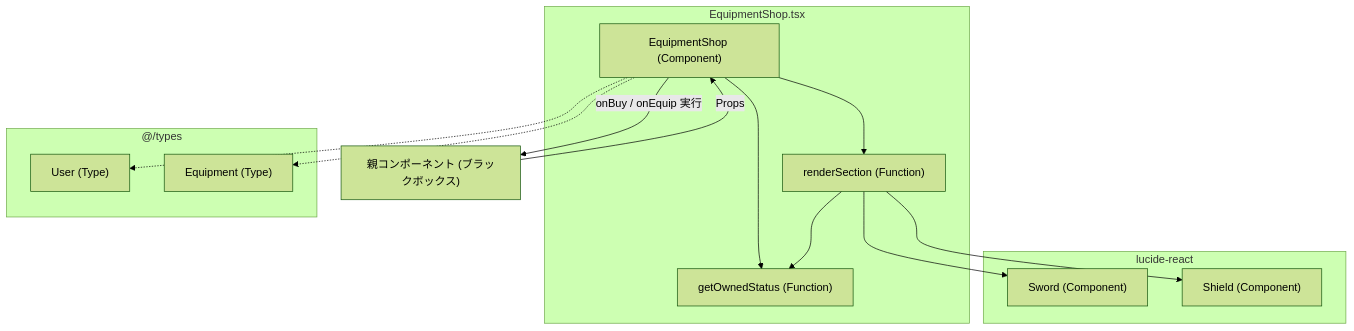
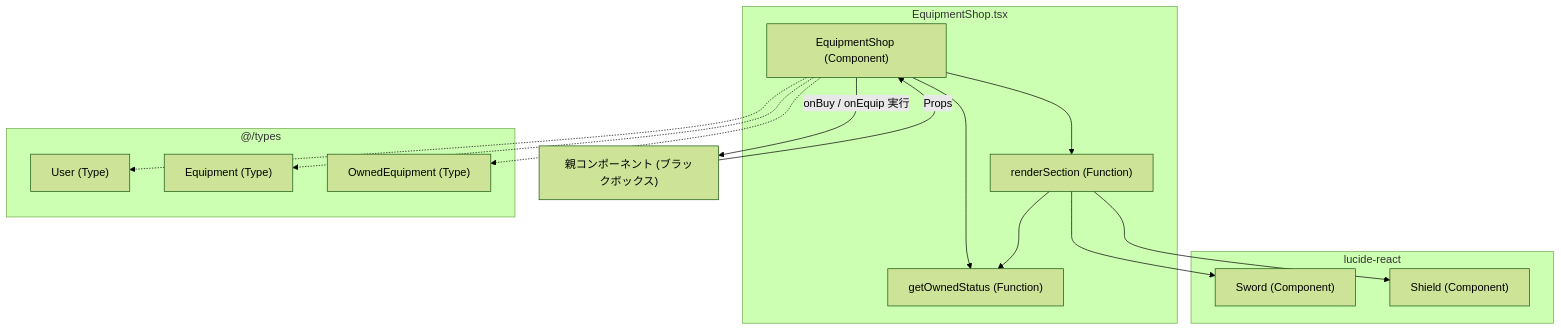
One commit to mmtigers/my_python_project changed the second of 2 diagrams in docs/specifications/family-quest/src/features/shop/components/EquipmentShop.md. Above: the diagram before and after it, drawn with Mermaid (forest theme). The commit also changed other lines of this file and 47 other files, not shown here.

````diff
--- a/docs/specifications/family-quest/src/features/shop/components/EquipmentShop.md
+++ b/docs/specifications/family-quest/src/features/shop/components/EquipmentShop.md
@@ -152,30 +152,32 @@
 ```mermaid
 graph TD
     subgraph EquipmentShop.tsx
         EquipmentShop["EquipmentShop (Component)"]
         getOwnedStatus["getOwnedStatus (Function)"]
         renderSection["renderSection (Function)"]
     end
     
     subgraph lucide-react
         SwordIcon["Sword (Component)"]
         ShieldIcon["Shield (Component)"]
     end
 
     subgraph "@/types"
         UserType["User (Type)"]
         EquipmentType["Equipment (Type)"]
+        OwnedEquipmentType["OwnedEquipment (Type)"]
     end
 
     EquipmentShop --> getOwnedStatus
     EquipmentShop --> renderSection
     renderSection --> getOwnedStatus
     EquipmentShop -.-> UserType
     EquipmentShop -.-> EquipmentType
+    EquipmentShop -.-> OwnedEquipmentType
     renderSection --> SwordIcon
     renderSection --> ShieldIcon
     
     ParentComponent["親コンポーネント (ブラックボックス)"] -->|Props| EquipmentShop
     EquipmentShop -->|onBuy / onEquip 実行| ParentComponent
 
 ```
````
